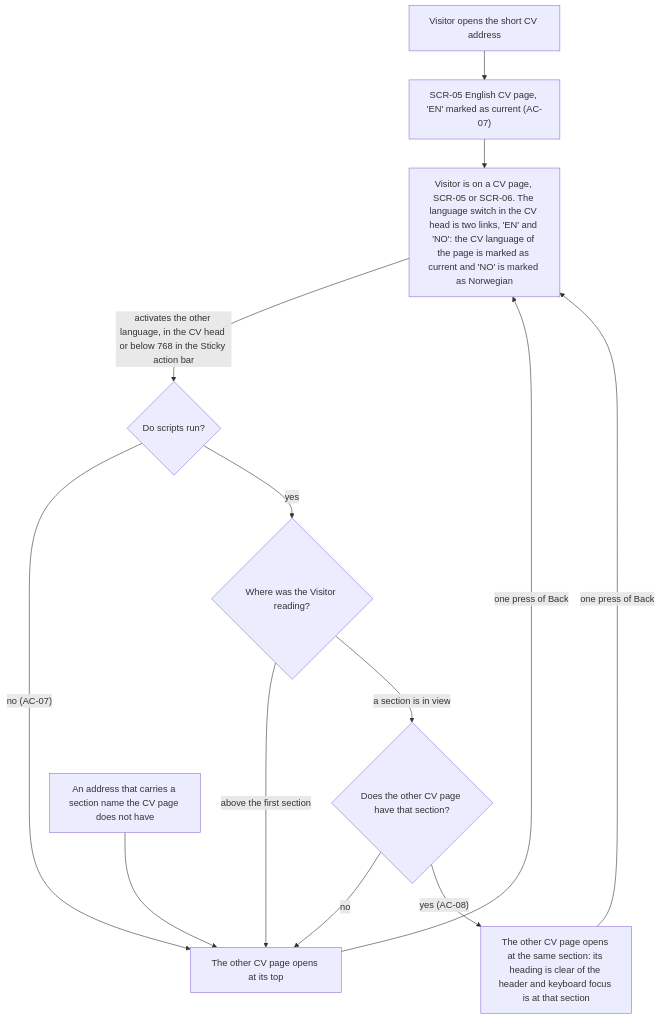
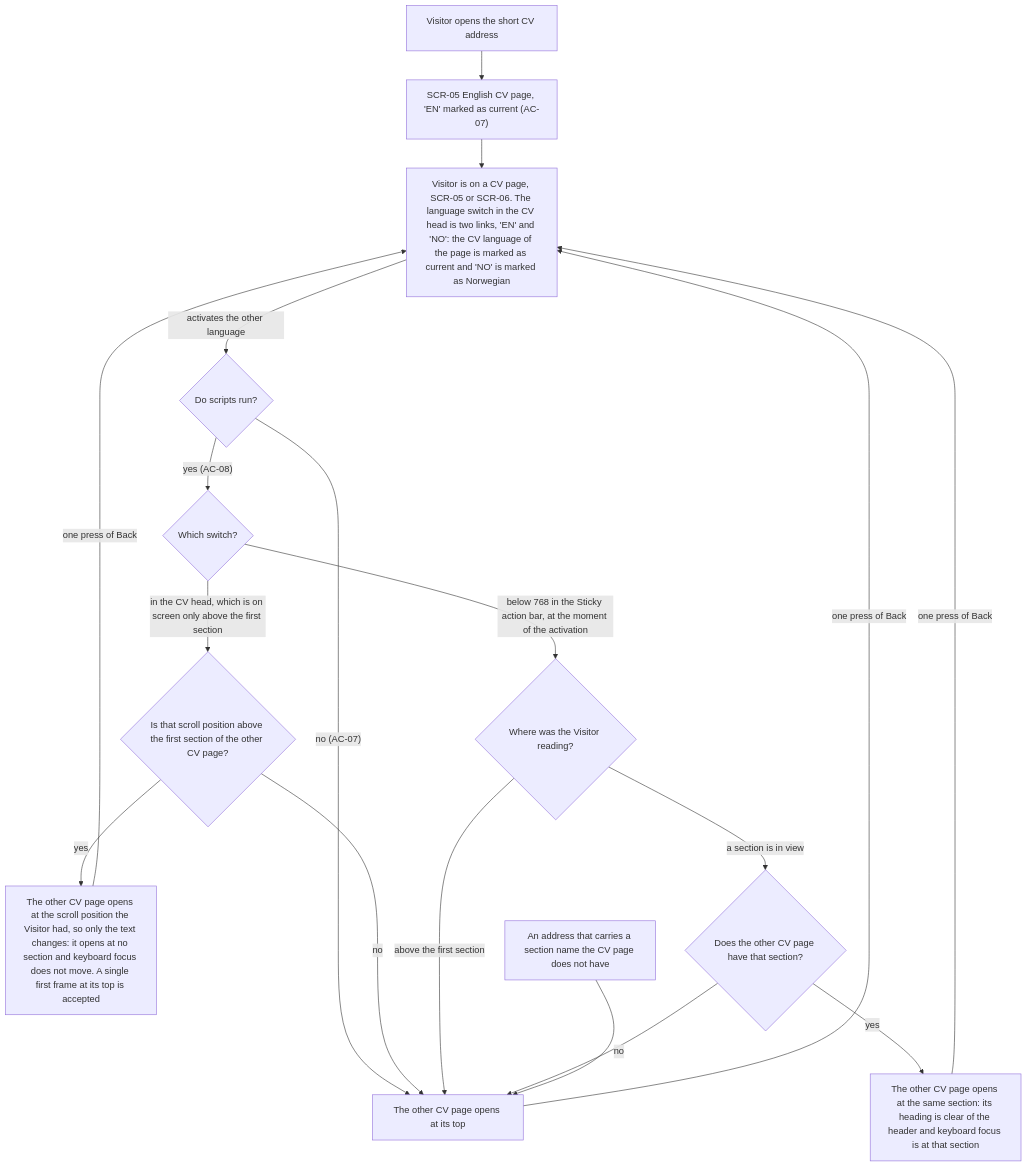
The third of 11 diagrams in docs/features/cv/ux-flows.md (Ponomaleks/alpon.dev), drawn with Mermaid before and after one commit. The commit also changed other lines of this file and 3 other files, not shown here.

First line of the commit message:
docs(cv): Bring ux-flows and the sad sequences in step with AC-08

````diff
--- a/docs/features/cv/ux-flows.md
+++ b/docs/features/cv/ux-flows.md
@@ -98,15 +98,20 @@
 ```mermaid
 flowchart TD
     Z["Visitor opens the short CV address"] --> A5["SCR-05 English CV page, 'EN' marked as current (AC-07)"]
     A5 --> A["Visitor is on a CV page, SCR-05 or SCR-06. The language switch in the CV head is two links, 'EN' and 'NO': the CV language of the page is marked as current and 'NO' is marked as Norwegian"]
-    A -->|"activates the other language, in the CV head or below 768 in the Sticky action bar"| S{"Do scripts run?"}
+    A -->|"activates the other language"| S{"Do scripts run?"}
     S -->|"no (AC-07)"| T["The other CV page opens at its top"]
-    S -->|"yes"| P{"Where was the Visitor reading?"}
+    S -->|"yes (AC-08)"| W{"Which switch?"}
+    W -->|"in the CV head, which is on screen only above the first section"| H{"Is that scroll position above the first section of the other CV page?"}
+    H -->|"yes"| V["The other CV page opens at the scroll position the Visitor had, so only the text changes: it opens at no section and keyboard focus does not move. A single first frame at its top is accepted"]
+    H -->|"no"| T
+    W -->|"below 768 in the Sticky action bar, at the moment of the activation"| P{"Where was the Visitor reading?"}
     P -->|"above the first section"| T
     P -->|"a section is in view"| Q{"Does the other CV page have that section?"}
     Q -->|"no"| T
-    Q -->|"yes (AC-08)"| R["The other CV page opens at the same section: its heading is clear of the header and keyboard focus is at that section"]
+    Q -->|"yes"| R["The other CV page opens at the same section: its heading is clear of the header and keyboard focus is at that section"]
+    V -->|"one press of Back"| A
     R -->|"one press of Back"| A
     T -->|"one press of Back"| A
     X["An address that carries a section name the CV page does not have"] --> T
 ```
````
